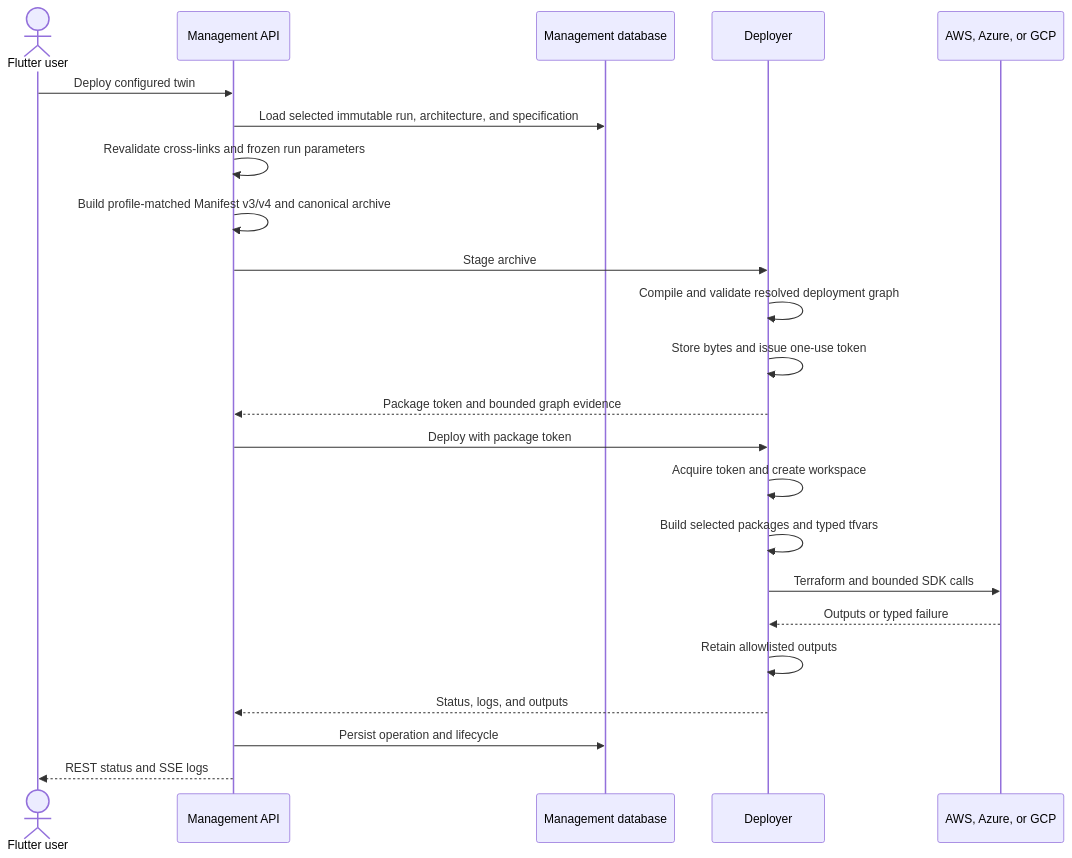
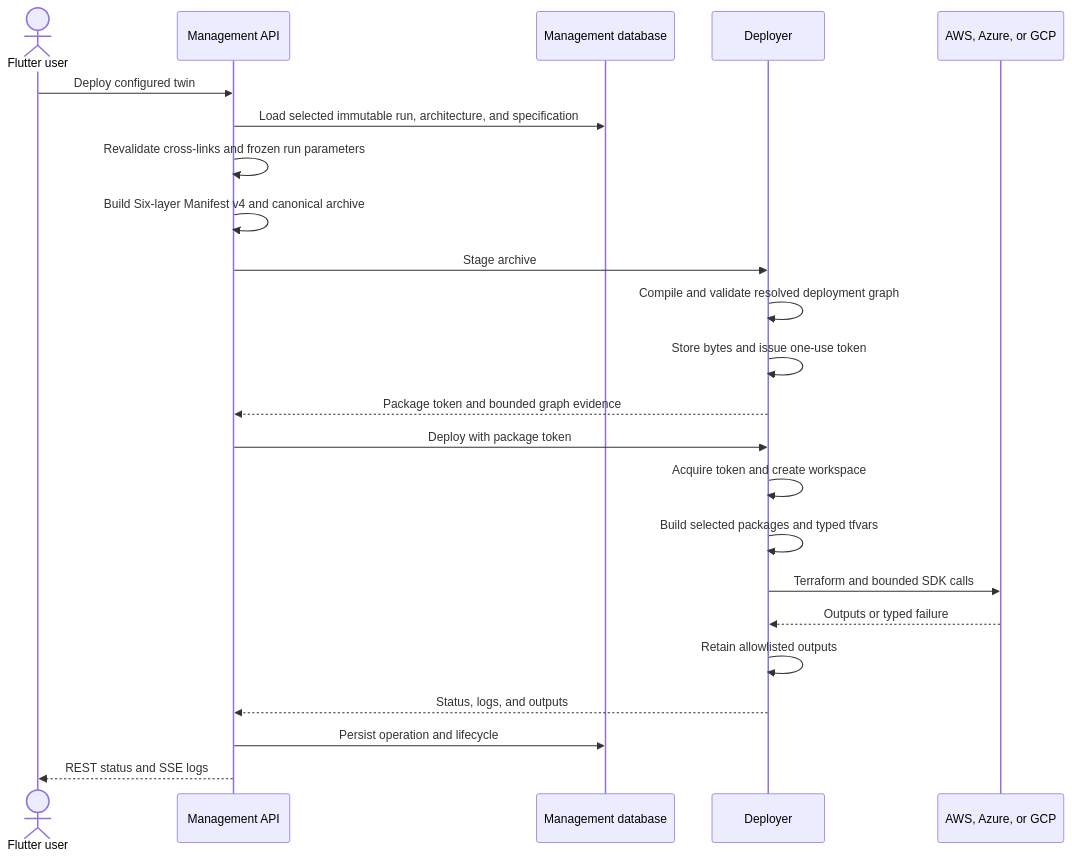
Before and after one commit to TVJunkie724/master-thesis: the first of 3 diagrams in docs-site/docs/contracts-and-data-flow/deployment-lifecycle.md, drawn with Mermaid. The commit also changed other lines of this file and 1376 other files, not shown here.

Commit message:
refactor: narrow PoC to standalone six-layer architecture

````diff
--- a/docs-site/docs/contracts-and-data-flow/deployment-lifecycle.md
+++ b/docs-site/docs/contracts-and-data-flow/deployment-lifecycle.md
@@ -5,26 +5,26 @@
 ```mermaid
 sequenceDiagram
     actor Client as Flutter user
     participant API as Management API
     participant DB as Management database
     participant Deployer
     participant Cloud as AWS, Azure, or GCP
 
     Client->>API: Deploy configured twin
     API->>DB: Load selected immutable run, architecture, and specification
     API->>API: Revalidate cross-links and frozen run parameters
-    API->>API: Build profile-matched Manifest v3/v4 and canonical archive
+    API->>API: Build Six-layer Manifest v4 and canonical archive
     API->>Deployer: Stage archive
     Deployer->>Deployer: Compile and validate resolved deployment graph
     Deployer->>Deployer: Store bytes and issue one-use token
     Deployer-->>API: Package token and bounded graph evidence
     API->>Deployer: Deploy with package token
     Deployer->>Deployer: Acquire token and create workspace
     Deployer->>Deployer: Build selected packages and typed tfvars
     Deployer->>Cloud: Terraform and bounded SDK calls
     Cloud-->>Deployer: Outputs or typed failure
     Deployer->>Deployer: Retain allowlisted outputs
     Deployer-->>API: Status, logs, and outputs
     API->>DB: Persist operation and lifecycle
     API-->>Client: REST status and SSE logs
 ```
````
